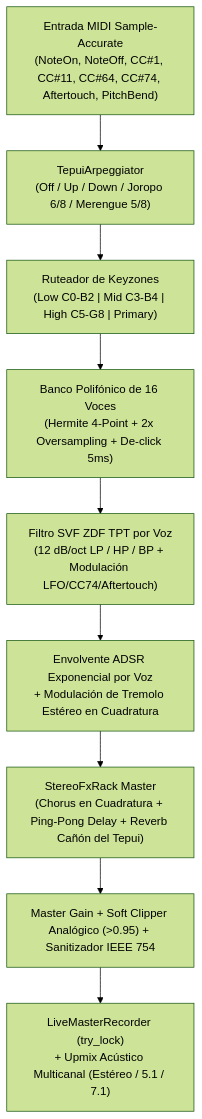
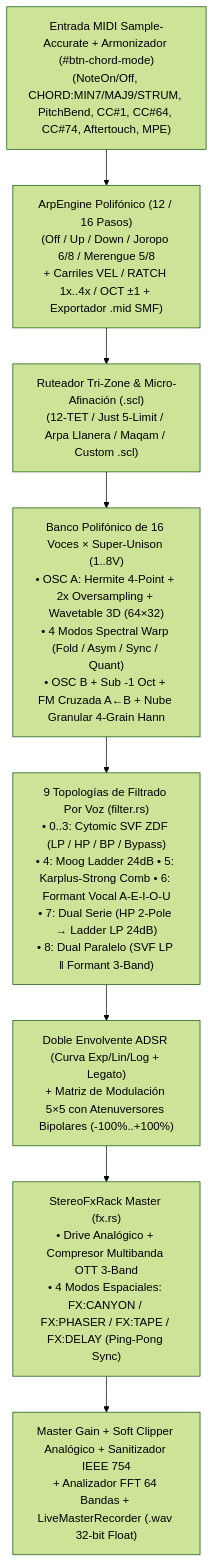
Before and after one commit to davidcastilloc/tepui-vst: the diagram in ARCHITECTURE.md, drawn with Mermaid (forest theme). The commit also changed other lines of this file and 1 other file, not shown here.

Commit message:
docs: actualizar README.md y ARCHITECTURE.md como stack plantilla open-source para VST3/CLAP/Standalone

````diff
--- a/ARCHITECTURE.md
+++ b/ARCHITECTURE.md
@@ -23,11 +25,10 @@
 ```mermaid
 flowchart TD
-    A["Entrada MIDI Sample-Accurate\n(NoteOn, NoteOff, CC#1, CC#11, CC#64, CC#74, Aftertouch, PitchBend)"] --> B["TepuiArpeggiator\n(Off / Up / Down / Joropo 6/8 / Merengue 5/8)"]
-    B --> C["Ruteador de Keyzones\n(Low C0-B2 | Mid C3-B4 | High C5-G8 | Primary)"]
-    C --> D[" Banco Polifónico de 16 Voces\n(Hermite 4-Point + 2x Oversampling + De-click 5ms)"]
-    D --> E["Filtro SVF ZDF TPT por Voz\n(12 dB/oct LP / HP / BP + Modulación LFO/CC74/Aftertouch)"]
-    E --> F["Envolvente ADSR Exponencial por Voz\n+ Modulación de Tremolo Estéreo en Cuadratura"]
-    F --> G["StereoFxRack Master\n(Chorus en Cuadratura + Ping-Pong Delay + Reverb Cañón del Tepui)"]
-    G --> H["Master Gain + Soft Clipper Analógico (>0.95) + Sanitizador IEEE 754"]
-    H --> I["LiveMasterRecorder (try_lock)\n+ Upmix Acústico Multicanal (Estéreo / 5.1 / 7.1)"]
+    A["Entrada MIDI Sample-Accurate + Armonizador (#btn-chord-mode)\n(NoteOn/Off, CHORD:MIN7/MAJ9/STRUM, PitchBend, CC#1, CC#64, CC#74, Aftertouch, MPE)"] --> B["ArpEngine Polifónico (12 / 16 Pasos)\n(Off / Up / Down / Joropo 6/8 / Merengue 5/8\n+ Carriles VEL / RATCH 1x..4x / OCT ±1 + Exportador .mid SMF)"]
+    B --> C["Ruteador Tri-Zone & Micro-Afinación (.scl)\n(12-TET / Just 5-Limit / Arpa Llanera / Maqam / Custom .scl)"]
+    C --> D["Banco Polifónico de 16 Voces × Super-Unison (1..8V)\n• OSC A: Hermite 4-Point + 2x Oversampling + Wavetable 3D (64×32)\n• 4 Modos Spectral Warp (Fold / Asym / Sync / Quant)\n• OSC B + Sub -1 Oct + FM Cruzada A←B + Nube Granular 4-Grain Hann"]
+    D --> E["9 Topologías de Filtrado Por Voz (filter.rs)\n• 0..3: Cytomic SVF ZDF (LP / HP / BP / Bypass)\n• 4: Moog Ladder 24dB • 5: Karplus-Strong Comb • 6: Formant Vocal A-E-I-O-U\n• 7: Dual Serie (HP 2-Pole → Ladder LP 24dB)\n• 8: Dual Paralelo (SVF LP ‖ Formant 3-Band)"]
+    E --> F["Doble Envolvente ADSR (Curva Exp/Lin/Log + Legato)\n+ Matriz de Modulación 5×5 con Atenuversores Bipolares (-100%..+100%)"]
+    F --> G["StereoFxRack Master (fx.rs)\n• Drive Analógico + Compresor Multibanda OTT 3-Band\n• 4 Modos Espaciales: FX:CANYON / FX:PHASER / FX:TAPE / FX:DELAY (Ping-Pong Sync)"]
+    G --> H["Master Gain + Soft Clipper Analógico + Sanitizador IEEE 754\n+ Analizador FFT 64 Bandas + LiveMasterRecorder (.wav 32-bit Float)"]
 ```
````
